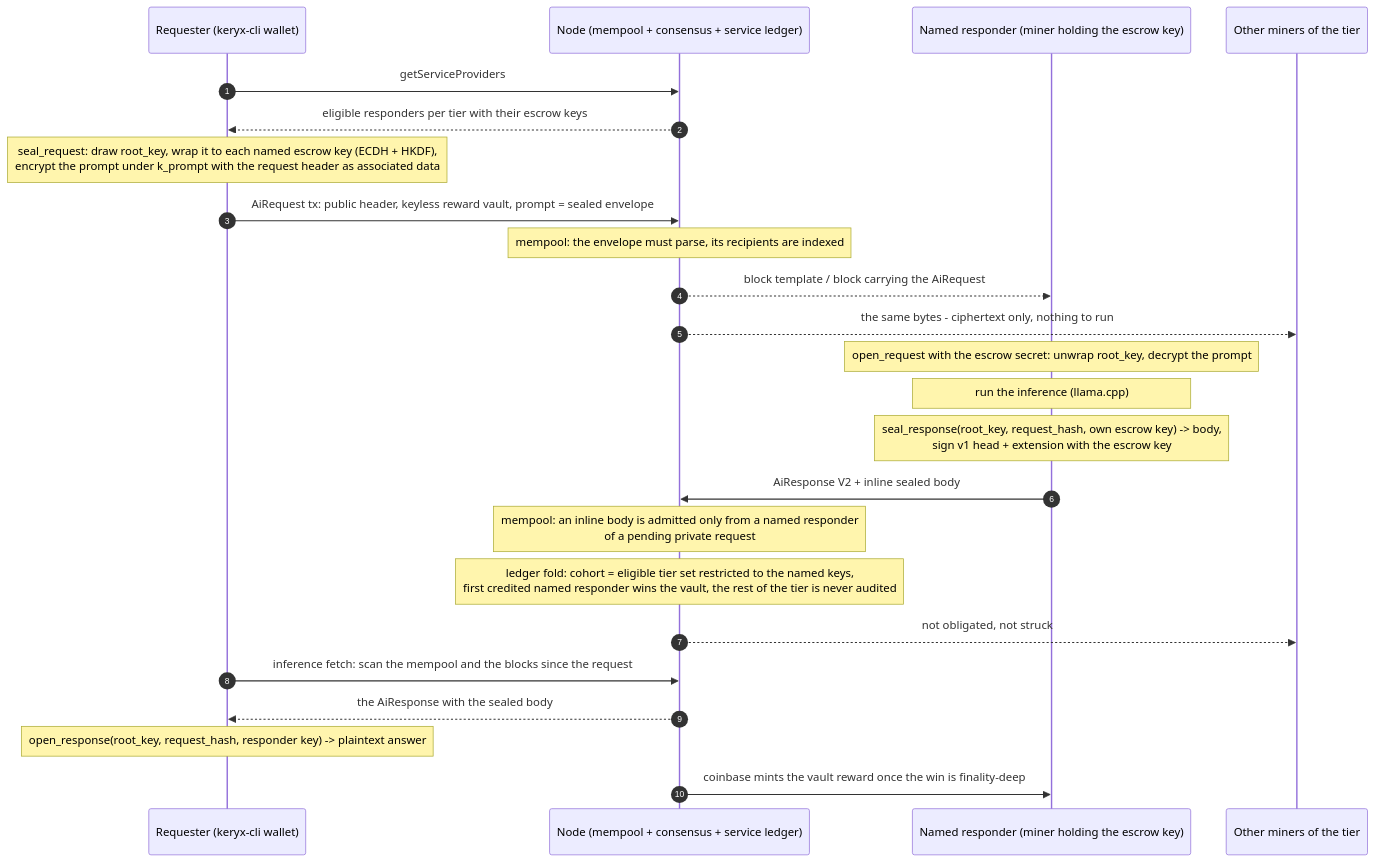
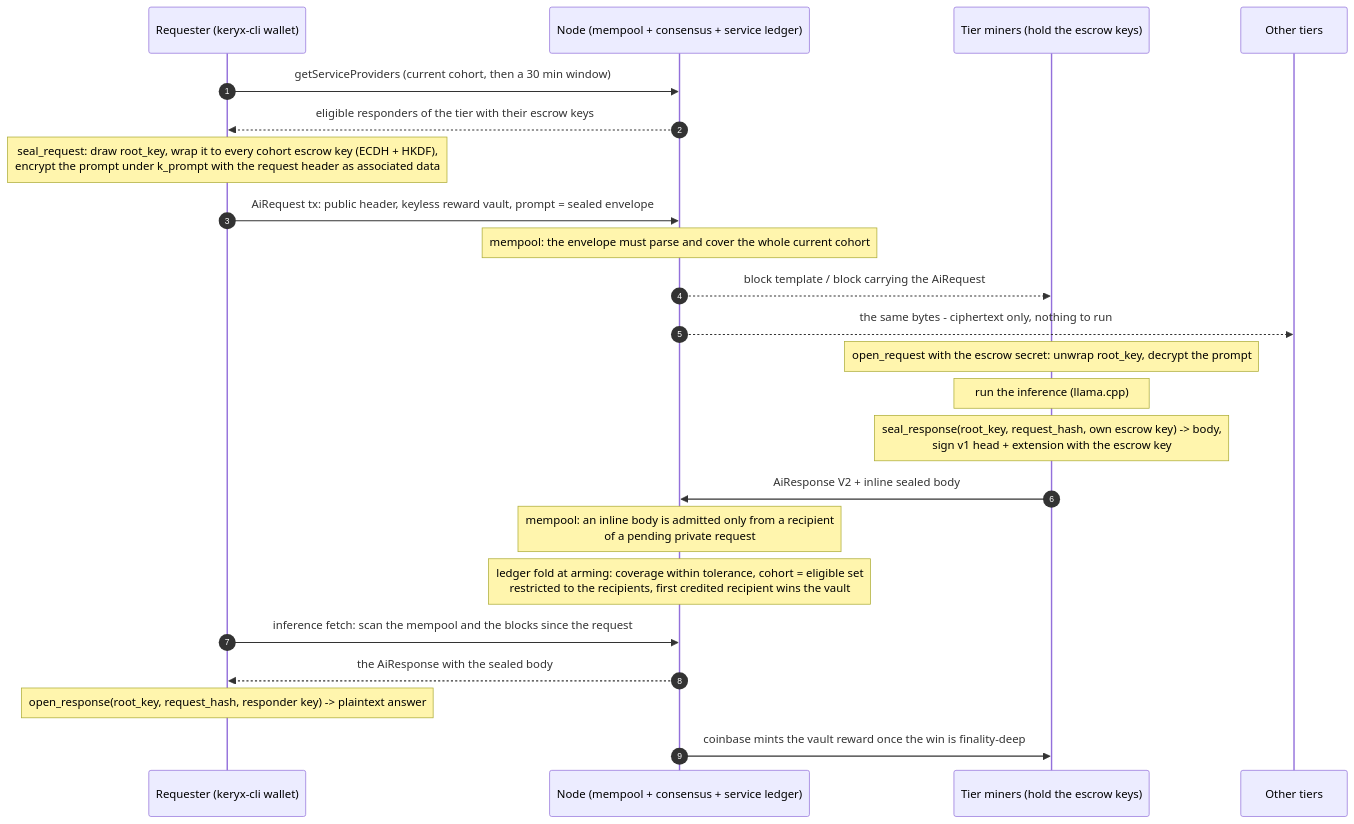
One commit to Keryx-Labs/keryx-node changed the first of 2 diagrams in docs/private-inference.md. Above: the diagram before and after it, drawn with Mermaid. The commit also changed other lines of this file and 30 other files, not shown here.

Commit message:
feat(private-inference): seal every request to the whole tier cohort and drop plaintext inference after the gate

````diff
--- a/docs/private-inference.md
+++ b/docs/private-inference.md
@@ -35,27 +37,26 @@
 ```mermaid
 sequenceDiagram
     autonumber
     participant R as Requester (keryx-cli wallet)
     participant N as Node (mempool + consensus + service ledger)
-    participant M as Named responder (miner holding the escrow key)
-    participant O as Other miners of the tier
+    participant M as Tier miners (hold the escrow keys)
+    participant O as Other tiers
 
-    R->>N: getServiceProviders
-    N-->>R: eligible responders per tier with their escrow keys
-    Note over R: seal_request: draw root_key, wrap it to each named escrow key (ECDH + HKDF),<br/>encrypt the prompt under k_prompt with the request header as associated data
+    R->>N: getServiceProviders (current cohort, then a 30 min window)
+    N-->>R: eligible responders of the tier with their escrow keys
+    Note over R: seal_request: draw root_key, wrap it to every cohort escrow key (ECDH + HKDF),<br/>encrypt the prompt under k_prompt with the request header as associated data
     R->>N: AiRequest tx: public header, keyless reward vault, prompt = sealed envelope
-    Note over N: mempool: the envelope must parse, its recipients are indexed
+    Note over N: mempool: the envelope must parse and cover the whole current cohort
     N-->>M: block template / block carrying the AiRequest
     N-->>O: the same bytes - ciphertext only, nothing to run
     Note over M: open_request with the escrow secret: unwrap root_key, decrypt the prompt
     Note over M: run the inference (llama.cpp)
     Note over M: seal_response(root_key, request_hash, own escrow key) -> body,<br/>sign v1 head + extension with the escrow key
     M->>N: AiResponse V2 + inline sealed body
-    Note over N: mempool: an inline body is admitted only from a named responder<br/>of a pending private request
-    Note over N: ledger fold: cohort = eligible tier set restricted to the named keys,<br/>first credited named responder wins the vault, the rest of the tier is never audited
-    N-->>O: not obligated, not struck
+    Note over N: mempool: an inline body is admitted only from a recipient<br/>of a pending private request
+    Note over N: ledger fold at arming: coverage within tolerance, cohort = eligible set<br/>restricted to the recipients, first credited recipient wins the vault
     R->>N: inference fetch: scan the mempool and the blocks since the request
     N-->>R: the AiResponse with the sealed body
     Note over R: open_response(root_key, request_hash, responder key) -> plaintext answer
     N->>M: coinbase mints the vault reward once the win is finality-deep
 ```
````
